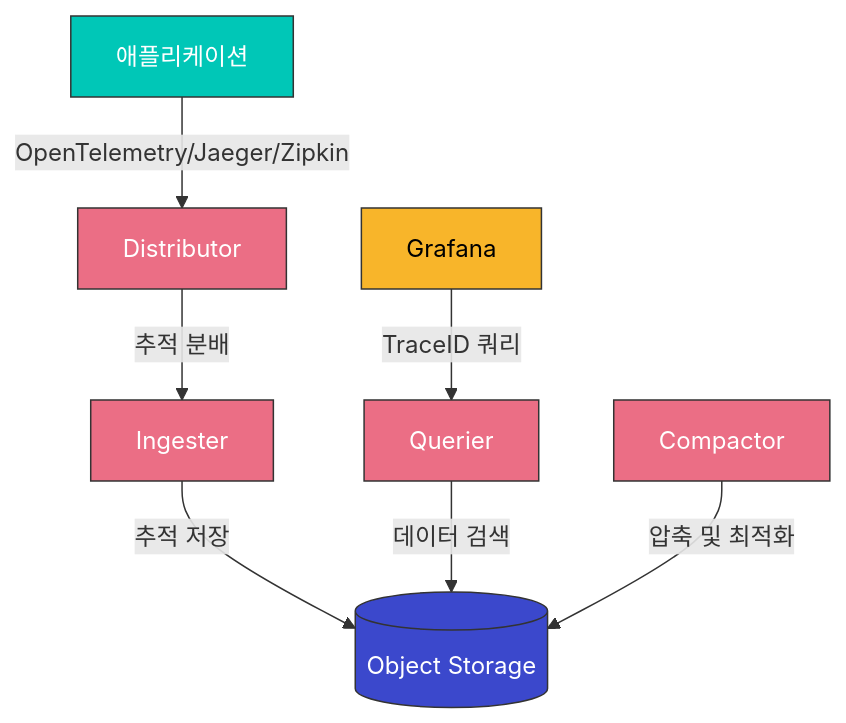
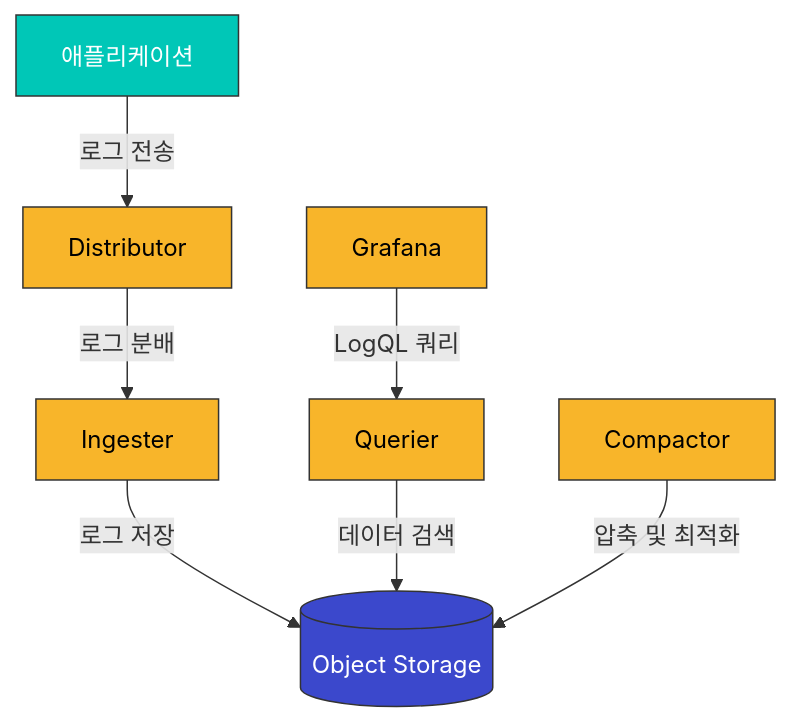
Before and after one commit to Atom-oh/kubernetes-docs: the first of 3 diagrams in tools/08-logging-stack.md, drawn with Mermaid. The commit also changed other lines of this file, not shown here.

Commit message:
Update logging stack diagrams with standardized CSS styles

````diff
--- a/tools/08-logging-stack.md
+++ b/tools/08-logging-stack.md
@@ -62,31 +62,32 @@
 ```mermaid
 flowchart TD
     %% 노드 정의
     A[애플리케이션]
     B[Distributor]
     C[Ingester]
     D[(Object Storage)]
     E[Grafana]
     F[Querier]
     G[Compactor]
     
     %% 연결 정의
-    A -->|OpenTelemetry/Jaeger/Zipkin| B
-    B -->|추적 분배| C
-    C -->|추적 저장| D
-    E -->|TraceID 쿼리| F
+    A -->|로그 전송| B
+    B -->|로그 분배| C
+    C -->|로그 저장| D
+    E -->|LogQL 쿼리| F
     F -->|데이터 검색| D
     G -->|압축 및 최적화| D
     
     %% 스타일 적용
-    classDef appComponent fill:#00C7B7,stroke:#333,stroke-width:1px,color:white
-    classDef tempoComponent fill:#EB6E85,stroke:#333,stroke-width:1px,color:white
-    classDef storage fill:#3B48CC,stroke:#333,stroke-width:1px,color:white
-    classDef grafanaComponent fill:#F8B52A,stroke:#333,stroke-width:1px,color:black
+    classDef userApp fill:#00C7B7,stroke:#333,stroke-width:1px,color:white;
+    classDef lokiComponent fill:#F8B52A,stroke:#333,stroke-width:1px,color:black;
+    classDef dataStore fill:#3B48CC,stroke:#333,stroke-width:1px,color:white;
+    classDef grafana fill:#F8B52A,stroke:#333,stroke-width:1px,color:black;
+    classDef default fill:#f9f9f9,stroke:#333,stroke-width:1px,color:black;
     
     %% 클래스 적용
-    class A appComponent
-    class B,C,F,G tempoComponent
-    class D storage
-    class E grafanaComponent
+    class A userApp
+    class B,C,F,G lokiComponent
+    class D dataStore
+    class E grafana
 ```
````
